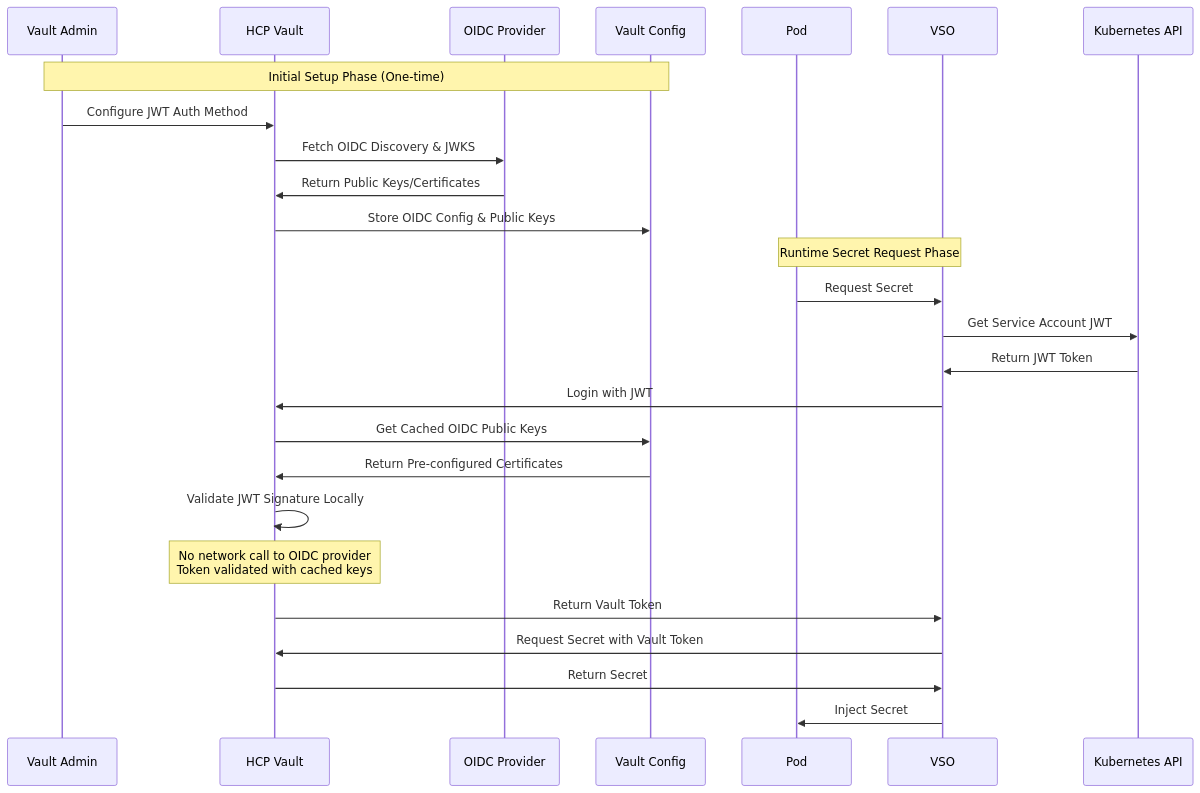
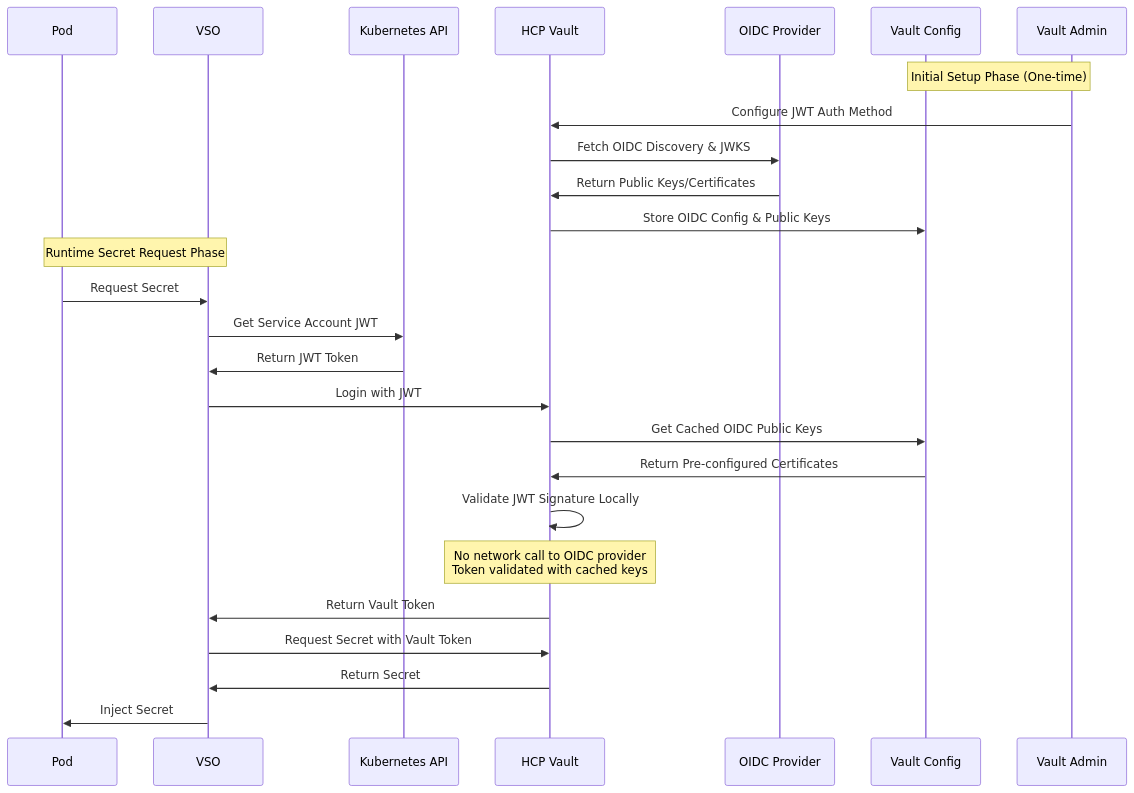
One commit to ucbabu/hcp-vault changed the fourth of 4 diagrams in docs/kubernetes-integration-guide.md. Above: the diagram before and after it, drawn with Mermaid. The commit also changed other lines of this file, not shown here.

````diff
--- a/docs/kubernetes-integration-guide.md
+++ b/docs/kubernetes-integration-guide.md
@@ -135,30 +135,30 @@
 ```mermaid
 sequenceDiagram
-    participant Admin as Vault Admin
+    participant Pod
+    participant VSO
+    participant K8sAPI as Kubernetes API
     participant Vault as HCP Vault
     participant OIDC as OIDC Provider
     participant Cache as Vault Config
-    participant Pod
-    participant VSO
-    participant K8sAPI as Kubernetes API
+    participant Admin as Vault Admin
     
     Note over Admin,Cache: Initial Setup Phase (One-time)
     Admin->>Vault: Configure JWT Auth Method
     Vault->>OIDC: Fetch OIDC Discovery & JWKS
     OIDC->>Vault: Return Public Keys/Certificates
     Vault->>Cache: Store OIDC Config & Public Keys
     
     Note over Pod,VSO: Runtime Secret Request Phase
     Pod->>VSO: Request Secret
     VSO->>K8sAPI: Get Service Account JWT
     K8sAPI->>VSO: Return JWT Token
     VSO->>Vault: Login with JWT
     Vault->>Cache: Get Cached OIDC Public Keys
     Cache->>Vault: Return Pre-configured Certificates
     Vault->>Vault: Validate JWT Signature Locally
     Note over Vault: No network call to OIDC provider<br/>Token validated with cached keys
     Vault->>VSO: Return Vault Token
     VSO->>Vault: Request Secret with Vault Token
     Vault->>VSO: Return Secret
     VSO->>Pod: Inject Secret
 ```
````
